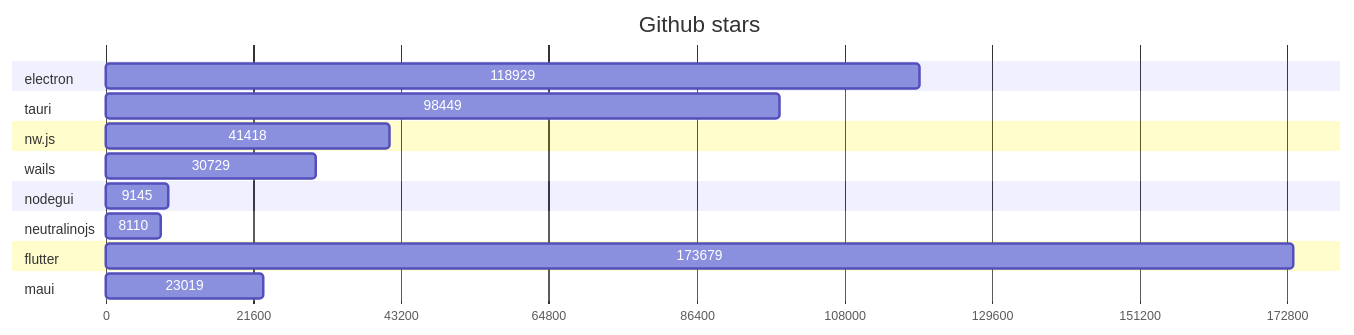
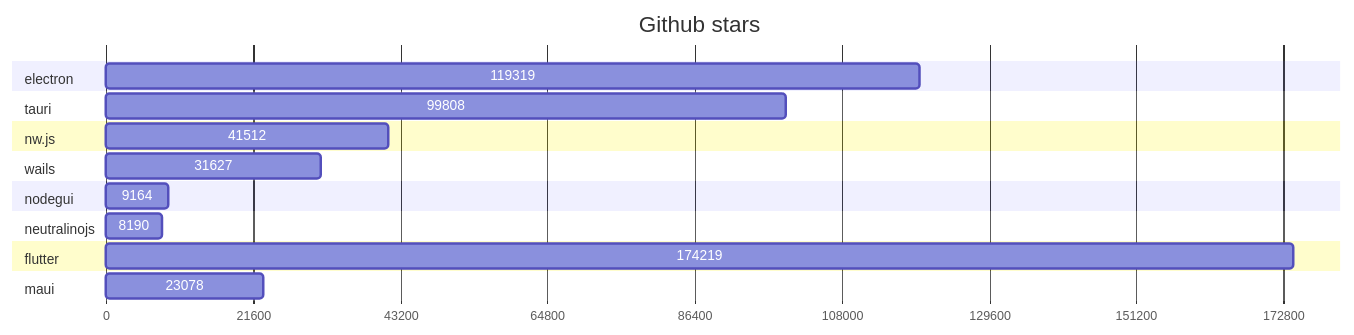
One commit to Elanis/web-to-desktop-framework-comparison changed the first of 2 diagrams in GRAPHS.md. Above: the diagram before and after it, drawn with Mermaid. The commit also changed other lines of this file and 2 other files, not shown here.

Commit message:
Update stars & Fork

````diff
--- a/GRAPHS.md
+++ b/GRAPHS.md
@@ -5,40 +5,40 @@
 ```mermaid
 gantt
     title Github stars
     dateFormat  X
     axisFormat %s
 
 
 	section electron
-	118929 : 0, 118929
+	119319 : 0, 119319
 
 	
 	section tauri
-	98449 : 0, 98449
+	99808 : 0, 99808
 
 	
 	section nw.js
-	41418 : 0, 41418
+	41512 : 0, 41512
 
 	
 	section wails
-	30729 : 0, 30729
+	31627 : 0, 31627
 
 	
 	section nodegui
-	9145 : 0, 9145
+	9164 : 0, 9164
 
 	
 	section neutralinojs
-	8110 : 0, 8110
+	8190 : 0, 8190
 
 	
 	section flutter
-	173679 : 0, 173679
+	174219 : 0, 174219
 
 	
 	section maui
-	23019 : 0, 23019
+	23078 : 0, 23078
 
 	
 ```
````
